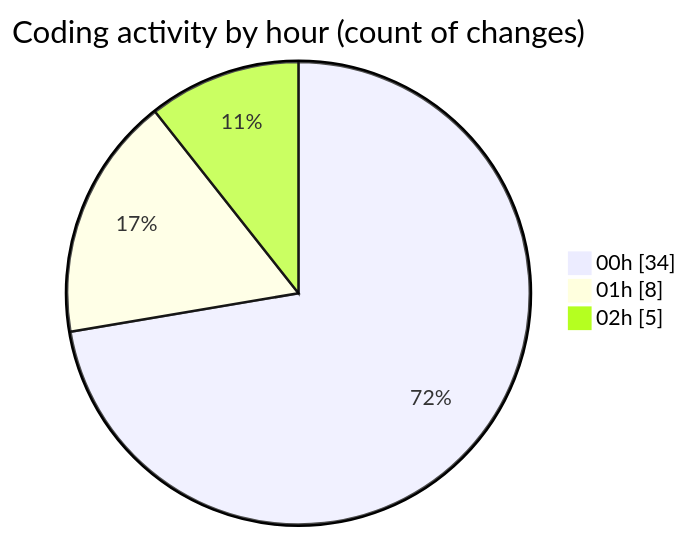
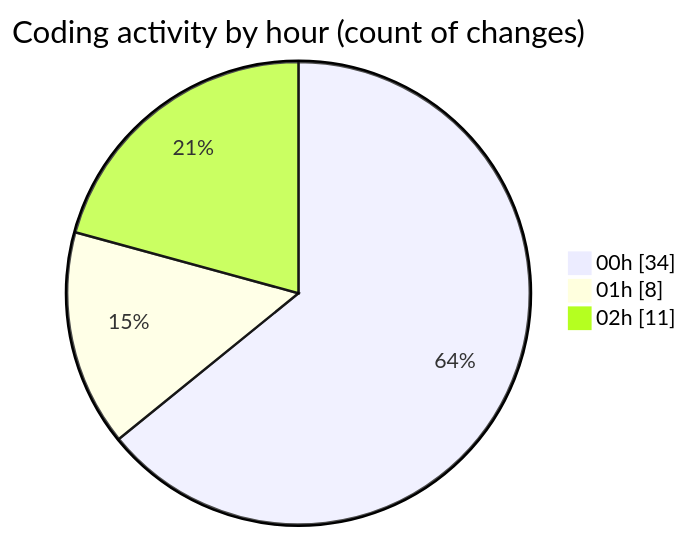
Before and after one commit to Elitesun/code-tracking: the second of 2 diagrams in 2025-05-18/niten/README.md, drawn with Mermaid. The commit also changed other lines of this file and 1 other file, not shown here.

````diff
--- a/2025-05-18/niten/README.md
+++ b/2025-05-18/niten/README.md
@@ -46,7 +48,7 @@
 ```mermaid
 pie showData
 title Coding activity by hour (count of changes)
 "00h" : 34
 "01h" : 8
-"02h" : 5
+"02h" : 11
 ```
````
